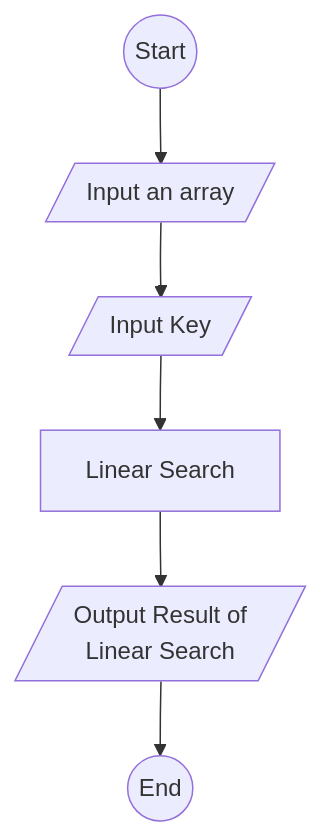
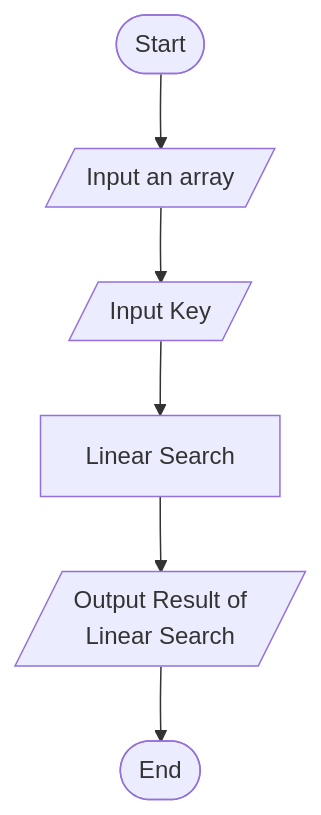
Before and after one commit to Mebanseibor/Code-Collection: the second of 2 diagrams in Java/Algorithms/Searching/Linear Search/README.md, drawn with Mermaid. The commit also changed other lines of this file and 3 other files, not shown here.

````diff
--- a/Java/Algorithms/Searching/Linear Search/README.md
+++ b/Java/Algorithms/Searching/Linear Search/README.md
@@ -42,16 +61,19 @@
 ```mermaid
 flowchart
     %% Node definition
-    Start((Start))
-    End((End))
+    Start([Start])
+    End([End])
     InputArray[/Input an array/]
     InputKey[/Input Key/]
     LinearSearch[Linear Search]
-    OutputLinearSearchResult[/Output Result of<br>Linear Search/]
+    OutputLinearSearchResult[/"
+        Output Result of
+        Linear Search
+    "/]
 
     Start --> InputArray
     InputArray --> InputKey
     InputKey --> LinearSearch
     LinearSearch --> OutputLinearSearchResult
     OutputLinearSearchResult --> End
 ```
````
